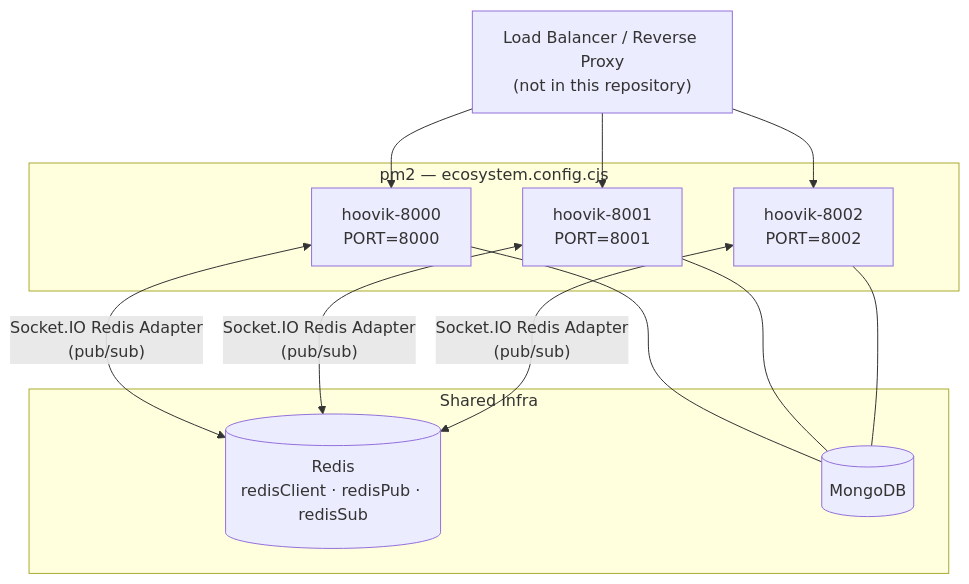
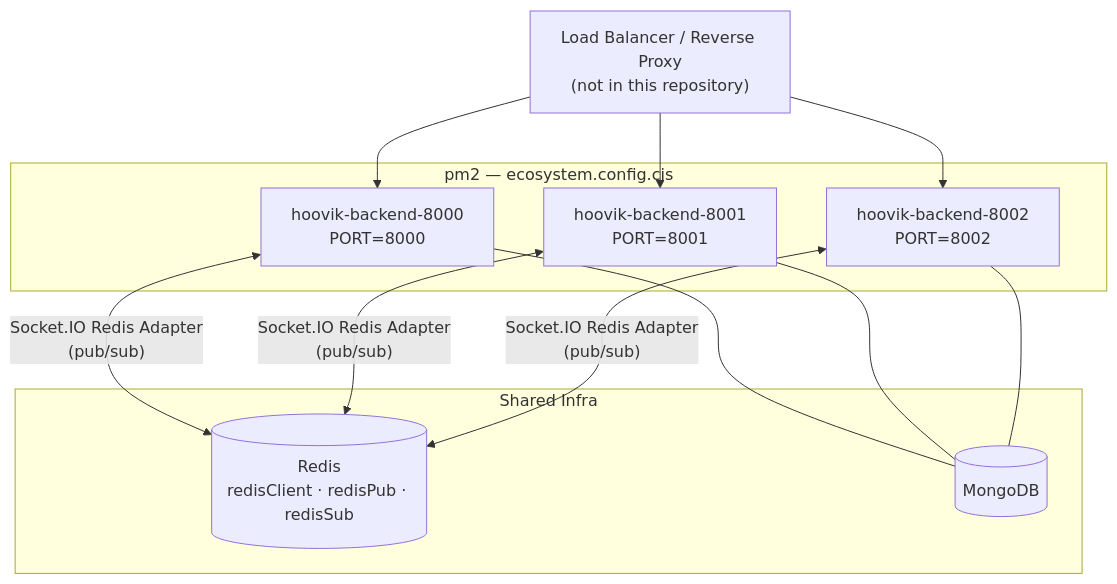
Before and after one commit to AnupamKumar-1/Hoovik: the fourth of 5 diagrams in docs/backend.md, drawn with Mermaid. The commit also changed other lines of this file and 1 other file, not shown here.

````diff
--- a/docs/backend.md
+++ b/docs/backend.md
@@ -367,27 +406,27 @@
 ```mermaid
 flowchart TD
     LB["Load Balancer / Reverse Proxy\n(not in this repository)"]
 
     subgraph PM2 ["pm2 — ecosystem.config.cjs"]
-        P0["hoovik-8000\nPORT=8000"]
-        P1["hoovik-8001\nPORT=8001"]
-        P2["hoovik-8002\nPORT=8002"]
+        P0["hoovik-backend-8000\nPORT=8000"]
+        P1["hoovik-backend-8001\nPORT=8001"]
+        P2["hoovik-backend-8002\nPORT=8002"]
     end
 
     subgraph Shared Infra
         Redis[("Redis\nredisClient · redisPub · redisSub")]
         Mongo[("MongoDB")]
     end
 
     LB --> P0
     LB --> P1
     LB --> P2
 
     P0 <-->|"Socket.IO Redis Adapter\n(pub/sub)"| Redis
     P1 <-->|"Socket.IO Redis Adapter\n(pub/sub)"| Redis
     P2 <-->|"Socket.IO Redis Adapter\n(pub/sub)"| Redis
 
     P0 --- Mongo
     P1 --- Mongo
     P2 --- Mongo
 ```
````
